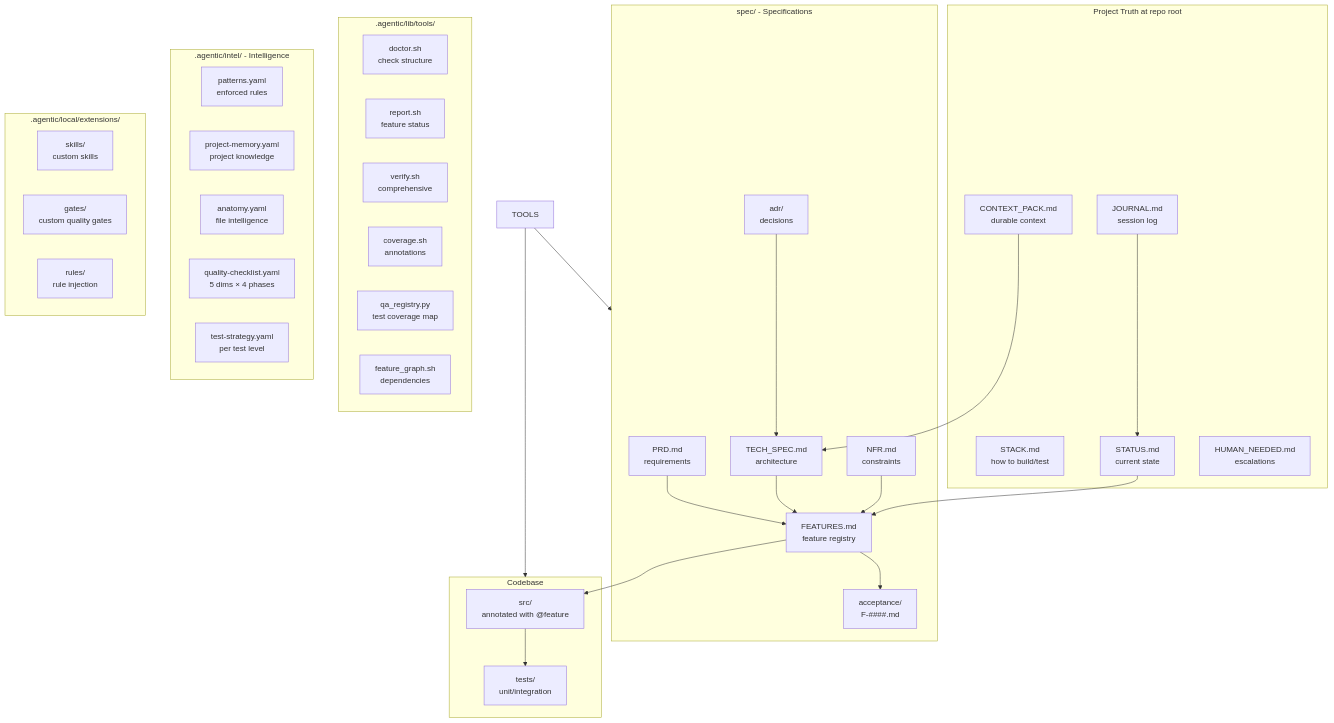
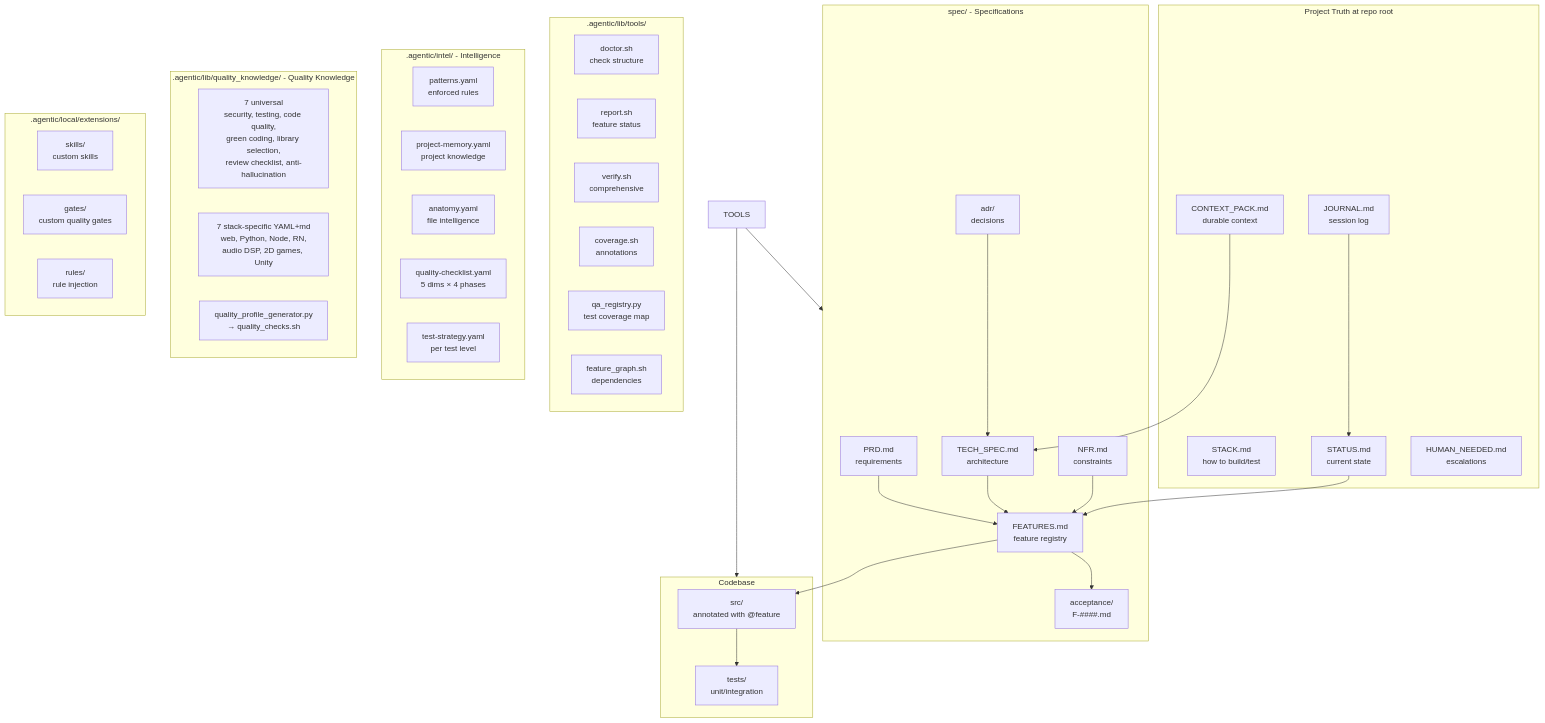
The first of 11 diagrams in .agentic/lib/FRAMEWORK_MAP.md (tomgun/agentic-framework), drawn with Mermaid before and after one commit. The commit also changed 20 other files, not shown here.

````diff
--- a/.agentic/lib/FRAMEWORK_MAP.md
+++ b/.agentic/lib/FRAMEWORK_MAP.md
@@ -12,63 +12,69 @@
 ```mermaid
 graph TB
     subgraph truth [Project Truth at repo root]
         STACK[STACK.md<br/>how to build/test]
         STATUS[STATUS.md<br/>current state]
         CONTEXT[CONTEXT_PACK.md<br/>durable context]
         JOURNAL[JOURNAL.md<br/>session log]
         HUMAN[HUMAN_NEEDED.md<br/>escalations]
     end
     
     subgraph specs [spec/ - Specifications]
         PRD[PRD.md<br/>requirements]
         TECH[TECH_SPEC.md<br/>architecture]
         FEATURES[FEATURES.md<br/>feature registry]
         NFR[NFR.md<br/>constraints]
         ACC[acceptance/<br/>F-####.md]
         ADR[adr/<br/>decisions]
     end
     
     subgraph code [Codebase]
         SRC[src/<br/>annotated with @feature]
         TESTS[tests/<br/>unit/integration]
     end
     
     subgraph tools [.agentic/lib/tools/]
         DOCTOR[doctor.sh<br/>check structure]
         REPORT[report.sh<br/>feature status]
         VERIFY[verify.sh<br/>comprehensive]
         COVERAGE[coverage.sh<br/>annotations]
         QAREG[qa_registry.py<br/>test coverage map]
         GRAPH[feature_graph.sh<br/>dependencies]
     end
 
     subgraph intel [.agentic/intel/ - Intelligence]
         PATTERNS[patterns.yaml<br/>enforced rules]
         CEREBRUM[project-memory.yaml<br/>project knowledge]
         ANATOMY[anatomy.yaml<br/>file intelligence]
         QC[quality-checklist.yaml<br/>5 dims × 4 phases]
         TSTRAT[test-strategy.yaml<br/>per test level]
     end
 
+    subgraph qk [.agentic/lib/quality_knowledge/ - Quality Knowledge]
+        QK_UNIVERSAL[7 universal<br/>security, testing, code quality,<br/>green coding, library selection,<br/>review checklist, anti-hallucination]
+        QK_STACK[7 stack-specific YAML+md<br/>web, Python, Node, RN,<br/>audio DSP, 2D games, Unity]
+        QK_GEN[quality_profile_generator.py<br/>→ quality_checks.sh]
+    end
+
     subgraph extensions [.agentic/local/extensions/]
         EXT_SKILLS[skills/<br/>custom skills]
         EXT_GATES[gates/<br/>custom quality gates]
         EXT_RULES[rules/<br/>rule injection]
     end
     
     PRD --> FEATURES
     TECH --> FEATURES
     FEATURES --> ACC
     FEATURES --> SRC
     NFR --> FEATURES
     ADR --> TECH
     
     SRC --> TESTS
     
     TOOLS --> specs
     TOOLS --> code
     
     STATUS --> FEATURES
     CONTEXT --> TECH
     JOURNAL --> STATUS
 ```
````
